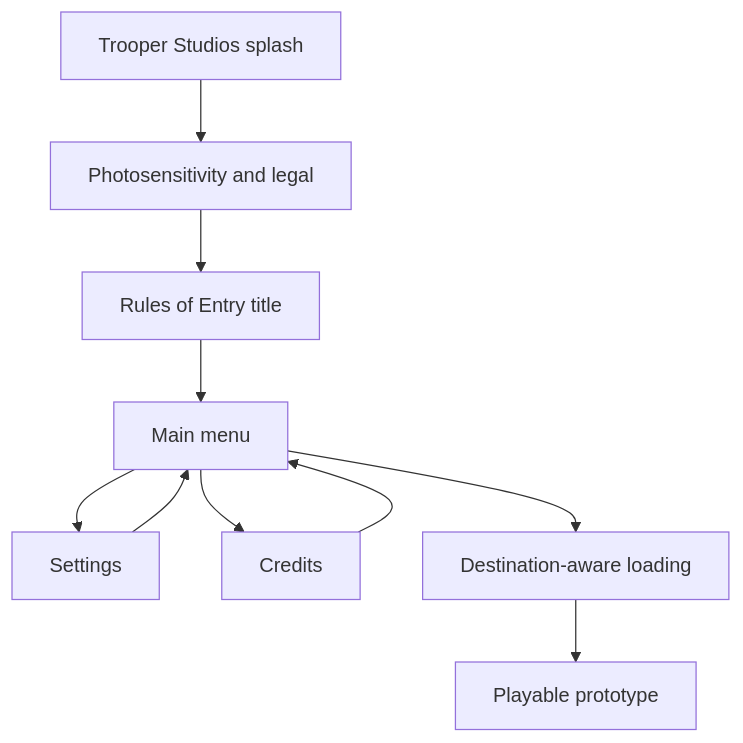
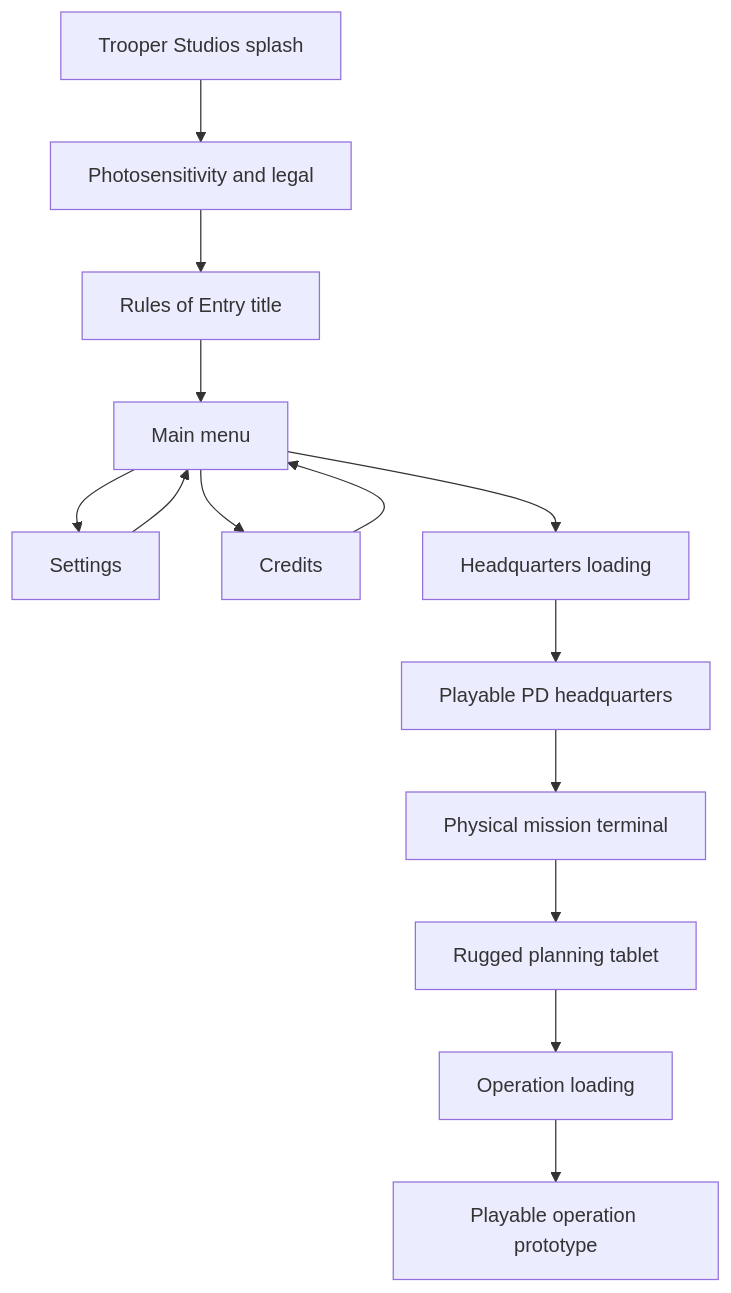
The diagram in SYSTEM_MAP.md (jaychase464-maker/RoE-v3), drawn with Mermaid before and after one commit. The commit also changed other lines of this file and 69 other files, not shown here.

Commit message:
Add Milestone 6A headquarters and transparent planning tablet

````diff
--- a/SYSTEM_MAP.md
+++ b/SYSTEM_MAP.md
@@ -5,12 +5,16 @@
 ```mermaid
 flowchart TD
     Splash[Trooper Studios splash] --> Warning[Photosensitivity and legal]
     Warning --> Title[Rules of Entry title]
     Title --> Menu[Main menu]
     Menu --> Settings[Settings]
     Menu --> Credits[Credits]
     Settings --> Menu
     Credits --> Menu
-    Menu --> Loading[Destination-aware loading]
-    Loading --> Prototype[Playable prototype]
+    Menu --> HubLoad[Headquarters loading]
+    HubLoad --> HQ[Playable PD headquarters]
+    HQ --> Terminal[Physical mission terminal]
+    Terminal --> Tablet[Rugged planning tablet]
+    Tablet --> MissionLoad[Operation loading]
+    MissionLoad --> Prototype[Playable operation prototype]
 ```
````
